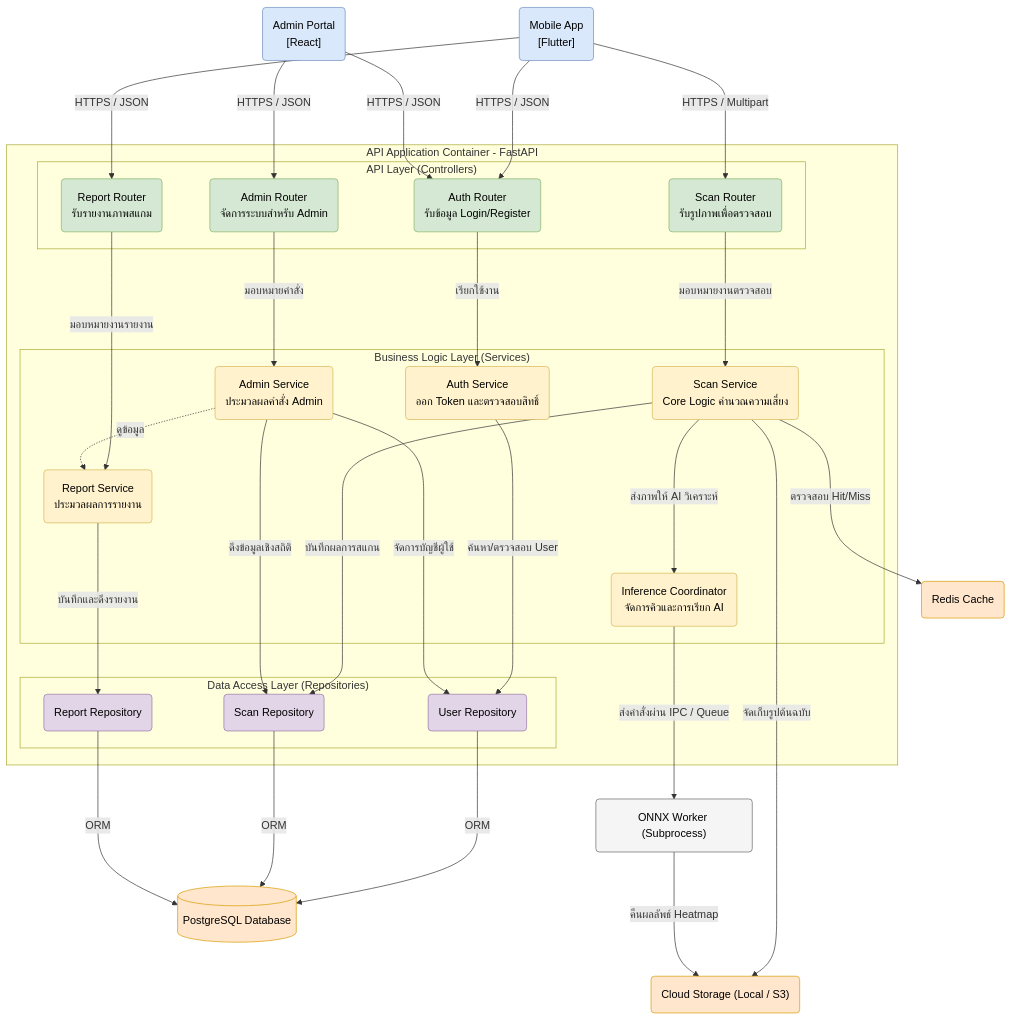
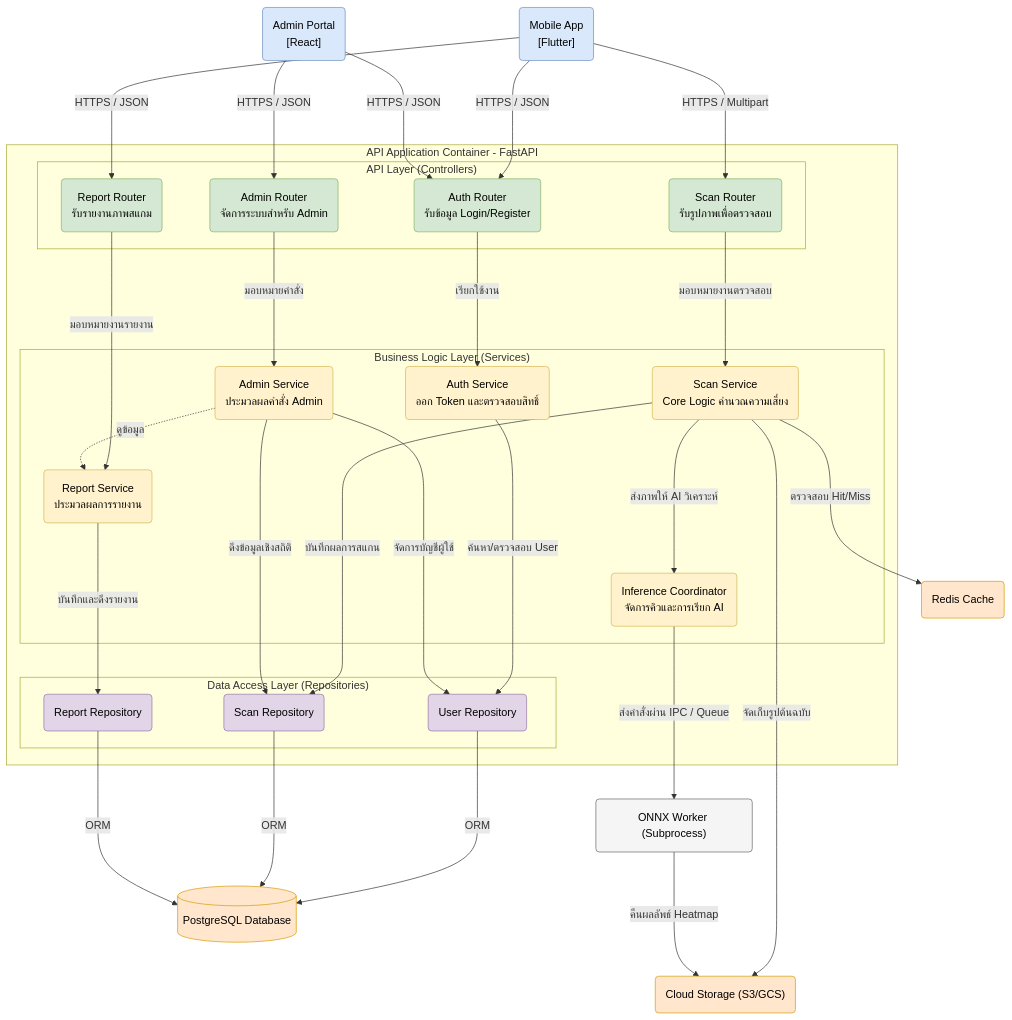
Before and after one commit to Panuwat-ta/project: the third of 4 diagrams in Document/docs/03_Software_Architecture.md, drawn with Mermaid. The commit also changed other lines of this file and 90 other files, not shown here.

```diff
--- a/Document/docs/03_Software_Architecture.md
+++ b/Document/docs/03_Software_Architecture.md
@@ -574,7 +576,7 @@
     %% Storage & Externals (จาก C2)
     Cache("Redis Cache")
     MainDB[("PostgreSQL Database")]
-    ObjectStore("Cloud Storage (Local / S3)")
+    ObjectStore("Cloud Storage (S3/GCS)")
     AIWorker("ONNX Worker (Subprocess)")
 
     %% Relationships - External to API
```
